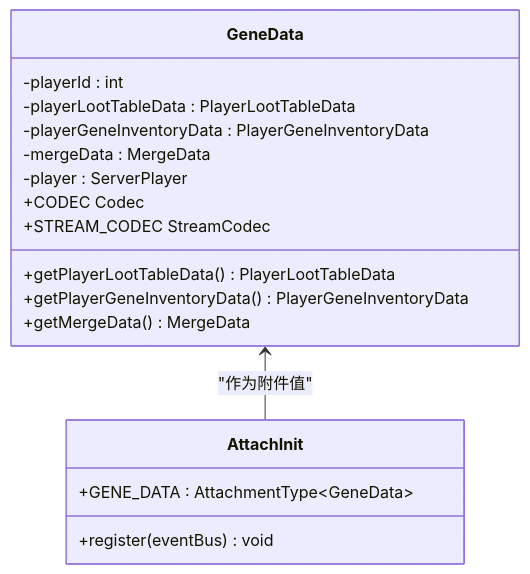
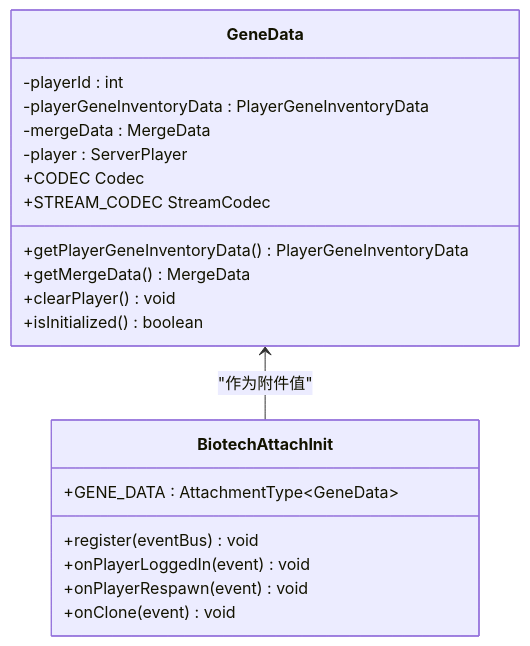
The third of 10 diagrams in .qoder/repowiki/zh/content/模块架构/Biotech基因科技模块/Biotech基因科技模块.md (Ver-shift/SubModulesGeneHunter), drawn with Mermaid before and after one commit. The commit also changed other lines of this file and 42 other files, not shown here.

````diff
--- a/.qoder/repowiki/zh/content/模块架构/Biotech基因科技模块/Biotech基因科技模块.md
+++ b/.qoder/repowiki/zh/content/模块架构/Biotech基因科技模块/Biotech基因科技模块.md
@@ -168,20 +197,23 @@
 ```mermaid
 classDiagram
 class GeneData {
 -playerId : int
--playerLootTableData : PlayerLootTableData
 -playerGeneInventoryData : PlayerGeneInventoryData
 -mergeData : MergeData
 -player : ServerPlayer
-+getPlayerLootTableData() PlayerLootTableData
 +getPlayerGeneInventoryData() PlayerGeneInventoryData
 +getMergeData() MergeData
++clearPlayer() void
++isInitialized() boolean
 +CODEC Codec
 +STREAM_CODEC StreamCodec
 }
-class AttachInit {
+class BiotechAttachInit {
 +GENE_DATA : AttachmentType~GeneData~
 +register(eventBus) void
++onPlayerLoggedIn(event) void
++onPlayerRespawn(event) void
++onClone(event) void
 }
-GeneData <-- AttachInit : "作为附件值"
+GeneData <-- BiotechAttachInit : "作为附件值"
 ```
````
